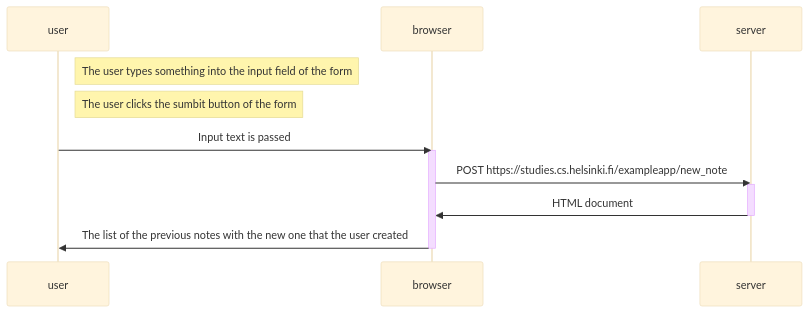
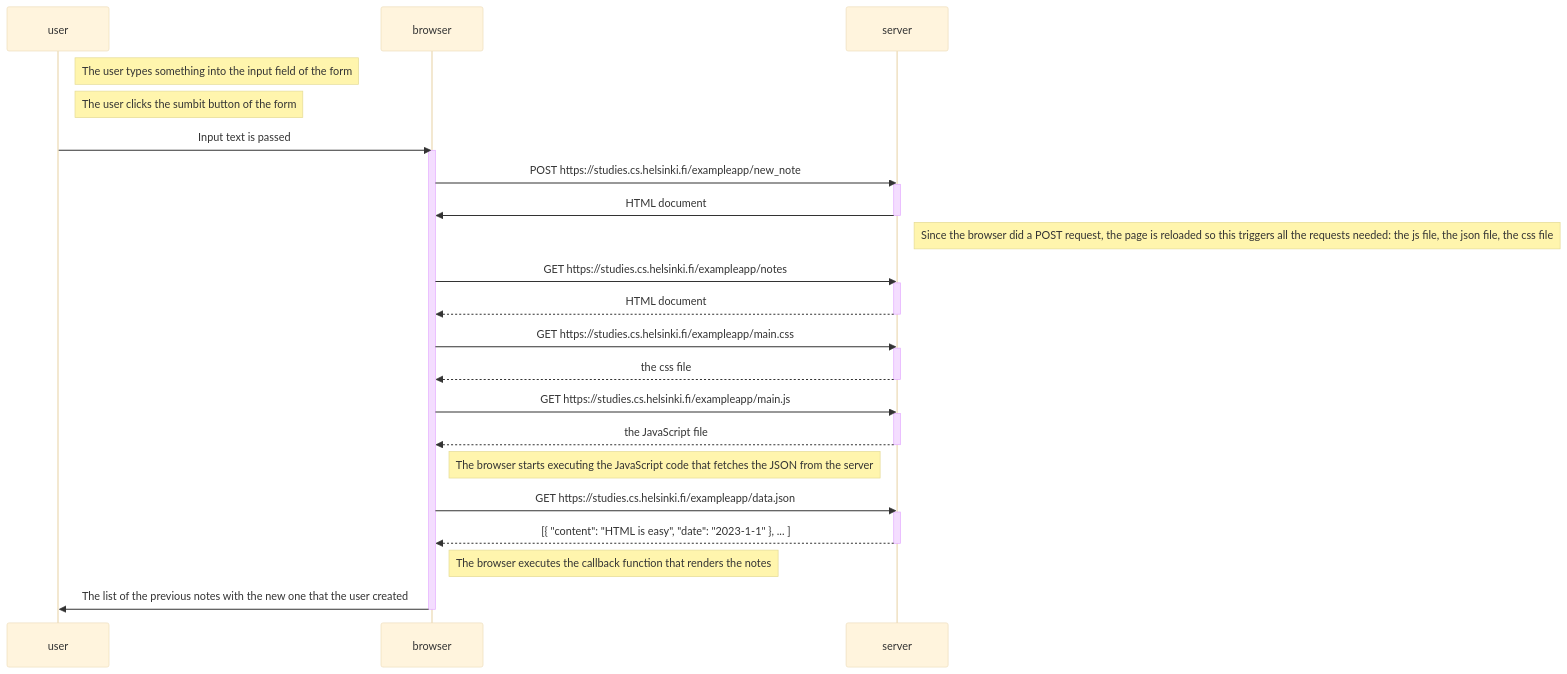
Before and after one commit to smillerr/fs-open-part0: the diagram in exercise04.md, drawn with Mermaid (base theme).

Commit message:
Complete workflow of the exercise

````diff
--- a/exercise04.md
+++ b/exercise04.md
@@ -1,16 +1,40 @@
 ```mermaid
 sequenceDiagram
   participant user
   participant browser
   participant server
   Note right of user: The user types something into the input field of the form
   Note right of user: The user clicks the sumbit button of the form
   user->>browser: Input text is passed
   activate browser
   browser->>server: POST https://studies.cs.helsinki.fi/exampleapp/new_note
   activate server
   server->>browser: HTML document
   deactivate server
+  Note right of server: Since the browser did a POST request, the page is reloaded so this triggers all the requests needed: the js file, the json file, the    css file
+  browser->>server: GET https://studies.cs.helsinki.fi/exampleapp/notes
+  activate server
+  server-->>browser: HTML document
+  deactivate server
+
+  browser->>server: GET https://studies.cs.helsinki.fi/exampleapp/main.css
+  activate server
+  server-->>browser: the css file
+  deactivate server
+
+  browser->>server: GET https://studies.cs.helsinki.fi/exampleapp/main.js
+  activate server
+  server-->>browser: the JavaScript file
+  deactivate server
+
+  Note right of browser: The browser starts executing the JavaScript code that fetches the JSON from the server
+
+  browser->>server: GET https://studies.cs.helsinki.fi/exampleapp/data.json
+  activate server
+  server-->>browser: [{ "content": "HTML is easy", "date": "2023-1-1" }, ... ]
+  deactivate server
+
+  Note right of browser: The browser executes the callback function that renders the notes
   browser->>user: The list of the previous notes with the new one that the user created
   deactivate browser
 ```
````
